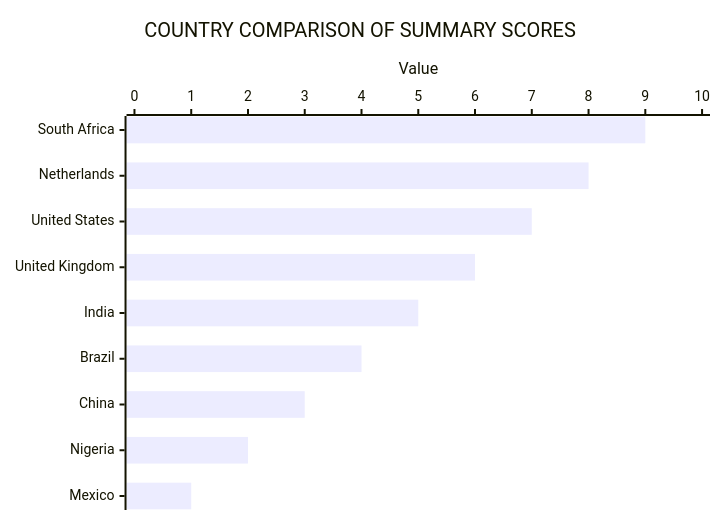
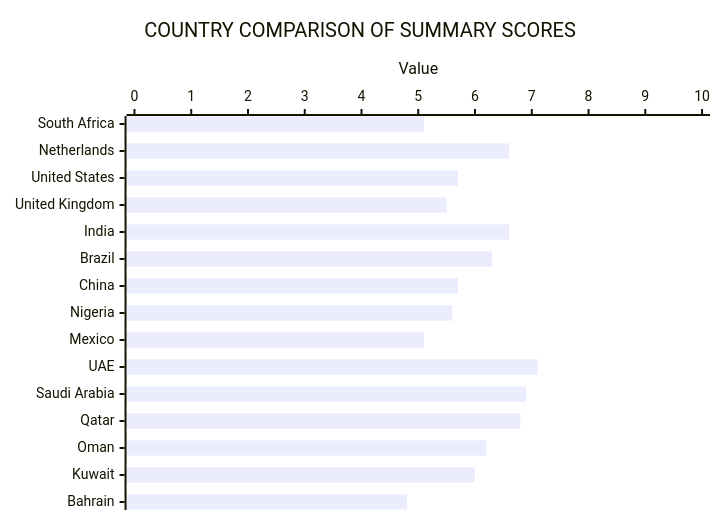
Before and after one commit to Tellusant/docs: the second of 2 diagrams in articles-posts/economic-sentiment-zaf.md, drawn with Mermaid.

```diff
--- a/articles-posts/economic-sentiment-zaf.md
+++ b/articles-posts/economic-sentiment-zaf.md
@@ -59,9 +59,9 @@
 <div class="mermaid">
 
 xychart-beta horizontal
     title "COUNTRY COMPARISON OF SUMMARY SCORES"
-    x-axis ["South Africa", "Netherlands", "United States", "United Kingdom", "India", "Brazil", "China", "Nigeria", "Mexico"]
+    x-axis ["South Africa", "Netherlands", "United States", "United Kingdom", "India", "Brazil", "China", "Nigeria", "Mexico", "UAE","Saudi Arabia","Qatar","Oman","Kuwait","Bahrain"]
     y-axis "Value" 0 --> 10
-    bar [9,8,7,6,5,4,3,2,1]
+    bar [5.1,6.6, 5.7, 5.5, 6.6, 6.3, 5.7, 5.6, 5.1, 7.1, 6.9, 6.8, 6.2, 6.0, 4.8]
     
 </div>
```
